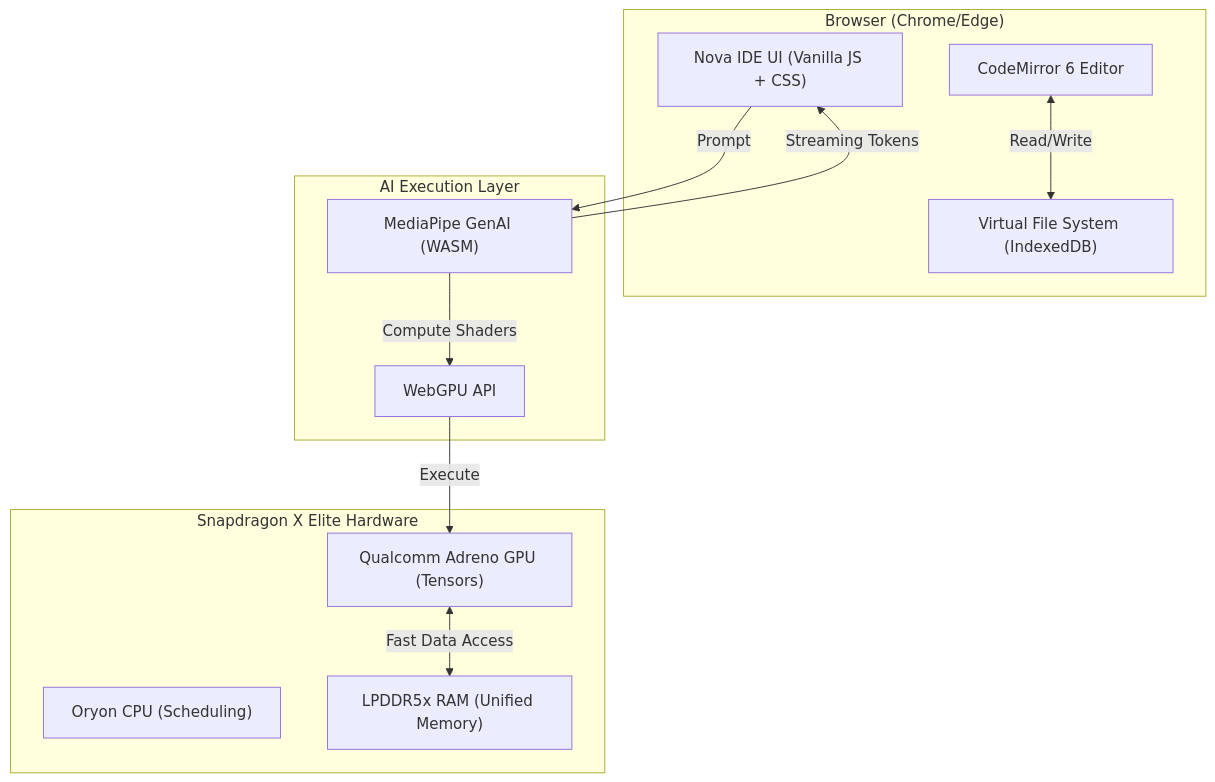
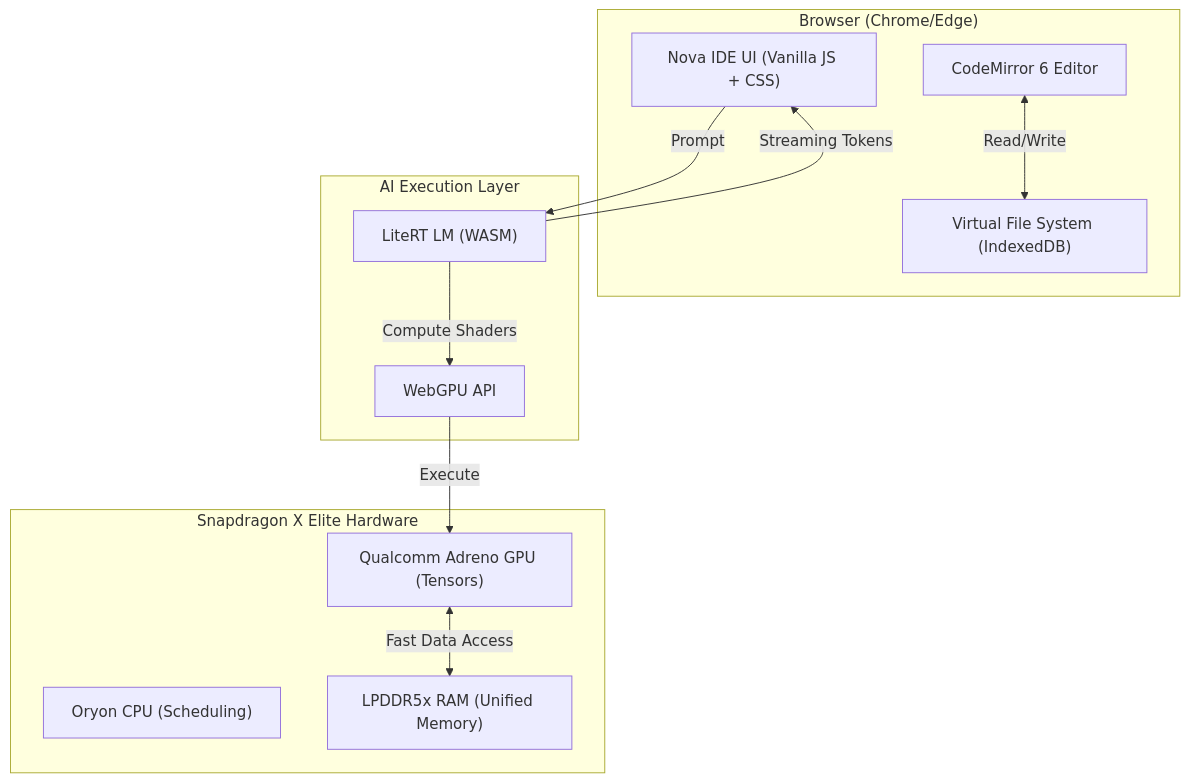
The diagram in BLOG.md (carrycooldude/Nova-IDE), drawn with Mermaid before and after one commit. The commit also changed other lines of this file and 10 other files, not shown here.

Commit message:
Replace MediaPipe GenAI with LiteRT LM web

````diff
--- a/BLOG.md
+++ b/BLOG.md
@@ -23,26 +23,26 @@
 ```mermaid
 graph TD
     subgraph Browser_Environment ["Browser (Chrome/Edge)"]
         UI["Nova IDE UI (Vanilla JS + CSS)"]
         CM["CodeMirror 6 Editor"]
         VFS["Virtual File System (IndexedDB)"]
     end
 
     subgraph AI_Runtime ["AI Execution Layer"]
-        MP["MediaPipe GenAI (WASM)"]
+        MP["LiteRT LM (WASM)"]
         WG["WebGPU API"]
     end
 
     subgraph Hardware_Layer ["Snapdragon X Elite Hardware"]
         CPU["Oryon CPU (Scheduling)"]
         GPU["Qualcomm Adreno GPU (Tensors)"]
         RAM["LPDDR5x RAM (Unified Memory)"]
     end
 
     UI -->|Prompt| MP
     MP -->|Compute Shaders| WG
     WG -->|Execute| GPU
     GPU <-->|Fast Data Access| RAM
     CM <-->|Read/Write| VFS
     MP -->|Streaming Tokens| UI
 ```
````
